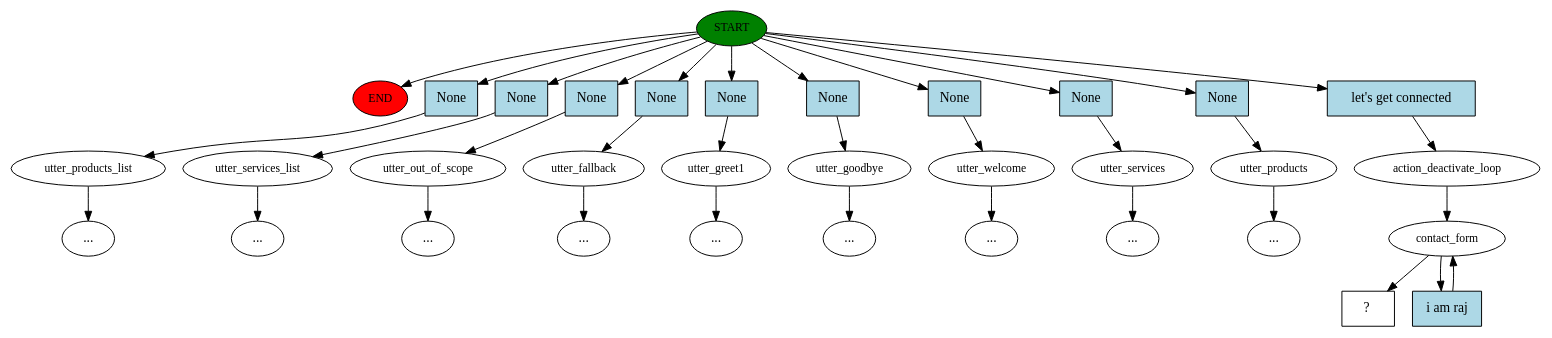
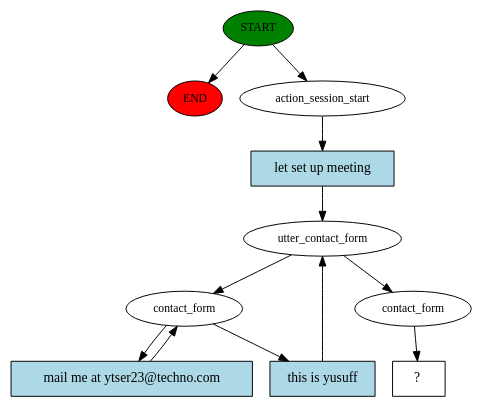
The diagram in story_graph.dot (PSanni/techex), drawn with Graphviz before and after one commit. The commit also changed 14 other files, not shown here.

```diff
--- a/story_graph.dot
+++ b/story_graph.dot
@@ -1,70 +1,23 @@
 digraph  {
 0 [class="start active", fillcolor=green, fontsize=12, label=START, style=filled];
 "-1" [class=end, fillcolor=red, fontsize=12, label=END, style=filled];
-1 [class="", fontsize=12, label=utter_products_list];
-"-3" [class=ellipsis, label="..."];
-2 [class="", fontsize=12, label=utter_services_list];
-"-4" [class=ellipsis, label="..."];
-3 [class="", fontsize=12, label=utter_out_of_scope];
-"-5" [class=ellipsis, label="..."];
-4 [class="", fontsize=12, label=utter_fallback];
-"-6" [class=ellipsis, label="..."];
-5 [class="", fontsize=12, label=utter_greet1];
-"-10" [class=ellipsis, label="..."];
-9 [class="", fontsize=12, label=utter_goodbye];
-"-11" [class=ellipsis, label="..."];
-10 [class="", fontsize=12, label=utter_welcome];
-"-12" [class=ellipsis, label="..."];
-11 [class="", fontsize=12, label=utter_services];
-"-13" [class=ellipsis, label="..."];
-12 [class="", fontsize=12, label=utter_products];
-"-14" [class=ellipsis, label="..."];
-13 [class=active, fontsize=12, label=action_deactivate_loop];
-14 [class=active, fontsize=12, label=contact_form];
-16 [class="intent dashed active", label="  ?  ", shape=rect];
-17 [class=intent, fillcolor=lightblue, label=None, shape=rect, style=filled];
-18 [class=intent, fillcolor=lightblue, label=None, shape=rect, style=filled];
-19 [class=intent, fillcolor=lightblue, label=None, shape=rect, style=filled];
-20 [class=intent, fillcolor=lightblue, label=None, shape=rect, style=filled];
-21 [class=intent, fillcolor=lightblue, label=None, shape=rect, style=filled];
-22 [class=intent, fillcolor=lightblue, label=None, shape=rect, style=filled];
-23 [class=intent, fillcolor=lightblue, label=None, shape=rect, style=filled];
-24 [class=intent, fillcolor=lightblue, label=None, shape=rect, style=filled];
-25 [class=intent, fillcolor=lightblue, label=None, shape=rect, style=filled];
-26 [class="intent active", fillcolor=lightblue, label="let's get connected", shape=rect, style=filled];
-27 [class="intent active", fillcolor=lightblue, label="i am raj", shape=rect, style=filled];
+1 [class=active, fontsize=12, label=action_session_start];
+2 [class=active, fontsize=12, label=utter_contact_form];
+3 [class=active, fontsize=12, label=contact_form];
+6 [class=active, fontsize=12, label=contact_form];
+7 [class="intent dashed active", label="  ?  ", shape=rect];
+8 [class="intent active", fillcolor=lightblue, label="let set up meeting", shape=rect, style=filled];
+9 [class="intent active", fillcolor=lightblue, label="this is yusuff", shape=rect, style=filled];
+10 [class="intent active", fillcolor=lightblue, label="mail me at ytser23@techno.com", shape=rect, style=filled];
 0 -> "-1"  [class="", key=NONE, label=""];
-0 -> 17  [class="", key=0];
-0 -> 18  [class="", key=0];
-0 -> 19  [class="", key=0];
-0 -> 20  [class="", key=0];
-0 -> 21  [class="", key=0];
-0 -> 22  [class="", key=0];
-0 -> 23  [class="", key=0];
-0 -> 24  [class="", key=0];
-0 -> 25  [class="", key=0];
-0 -> 26  [class=active, key=0];
-1 -> "-3"  [class="", key=NONE, label=""];
-2 -> "-4"  [class="", key=NONE, label=""];
-3 -> "-5"  [class="", key=NONE, label=""];
-4 -> "-6"  [class="", key=NONE, label=""];
-5 -> "-10"  [class="", key=NONE, label=""];
-9 -> "-11"  [class="", key=NONE, label=""];
-10 -> "-12"  [class="", key=NONE, label=""];
-11 -> "-13"  [class="", key=NONE, label=""];
-12 -> "-14"  [class="", key=NONE, label=""];
-13 -> 14  [class=active, key=NONE, label=""];
-14 -> 16  [class=active, key=NONE, label=""];
-14 -> 27  [class=active, key=0];
-17 -> 1  [class="", key=0];
-18 -> 2  [class="", key=0];
-19 -> 3  [class="", key=0];
-20 -> 4  [class="", key=0];
-21 -> 5  [class="", key=0];
-22 -> 9  [class="", key=0];
-23 -> 10  [class="", key=0];
-24 -> 11  [class="", key=0];
-25 -> 12  [class="", key=0];
-26 -> 13  [class=active, key=0];
-27 -> 14  [class=active, key=0];
+0 -> 1  [class=active, key=NONE, label=""];
+1 -> 8  [class=active, key=0];
+2 -> 3  [class=active, key=NONE, label=""];
+2 -> 6  [class=active, key=NONE, label=""];
+3 -> 9  [class=active, key=0];
+3 -> 10  [class=active, key=0];
+6 -> 7  [class=active, key=NONE, label=""];
+8 -> 2  [class=active, key=0];
+9 -> 2  [class=active, key=0];
+10 -> 3  [class=active, key=0];
 }
```
